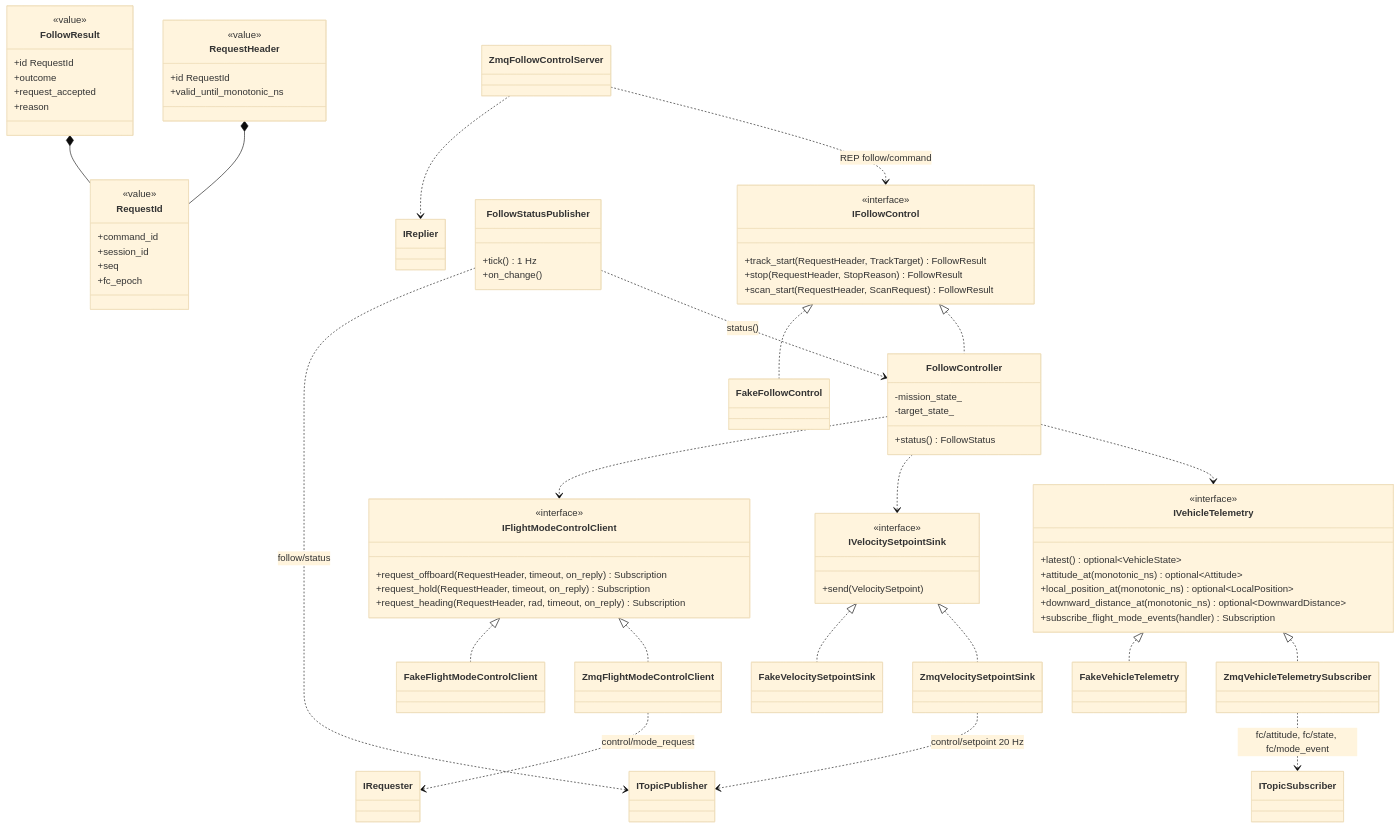
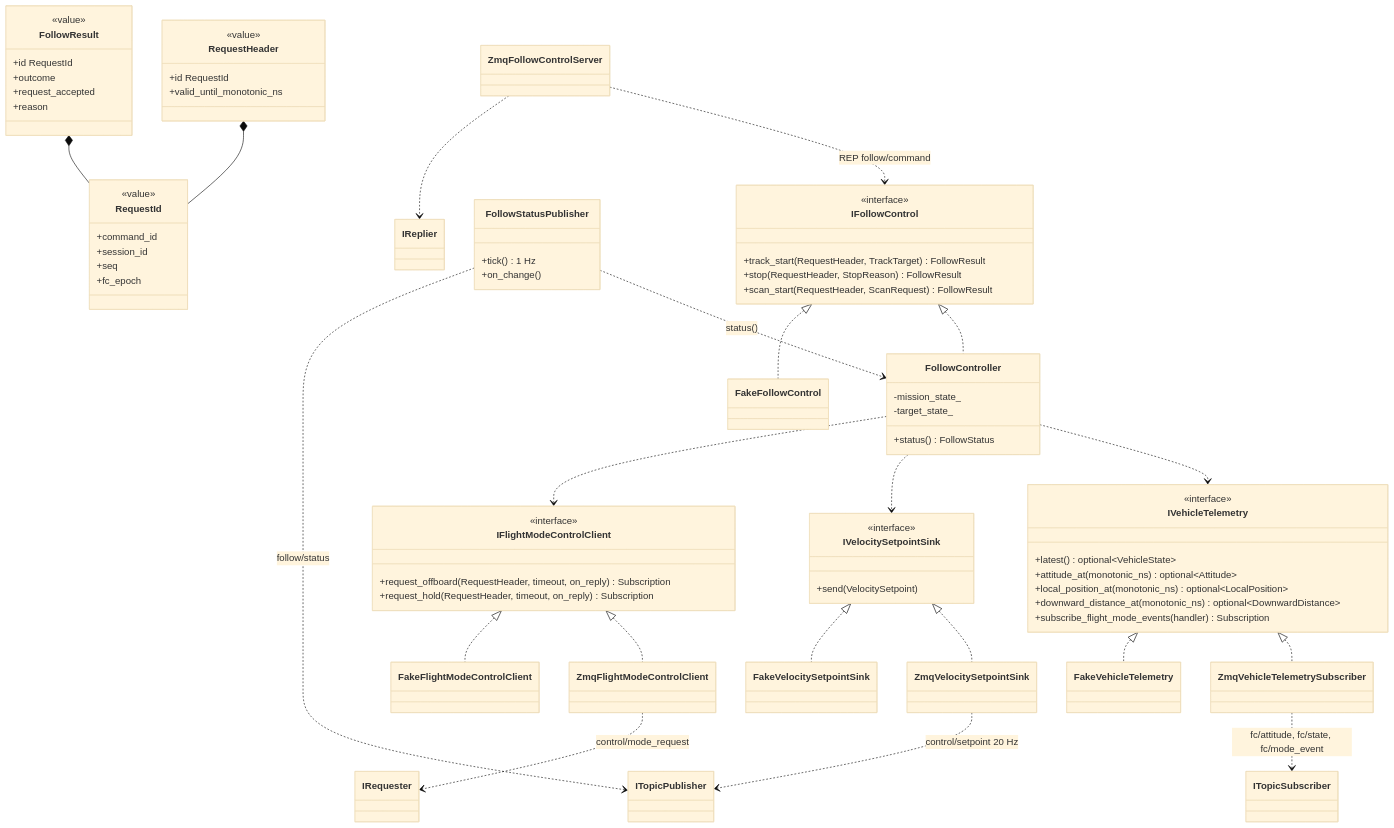
The diagram in docs/design/uml/class_follow.md (lig-argus/argus-edge-vision), drawn with Mermaid (base theme) before and after one commit. The commit also changed other lines of this file and 76 other files, not shown here.

```diff
--- a/docs/design/uml/class_follow.md
+++ b/docs/design/uml/class_follow.md
@@ -25,7 +25,6 @@
         <<interface>>
         +request_offboard(RequestHeader, timeout, on_reply) Subscription
         +request_hold(RequestHeader, timeout, on_reply) Subscription
-        +request_heading(RequestHeader, rad, timeout, on_reply) Subscription
     }
     class IFollowControl {
         <<interface>>
```
